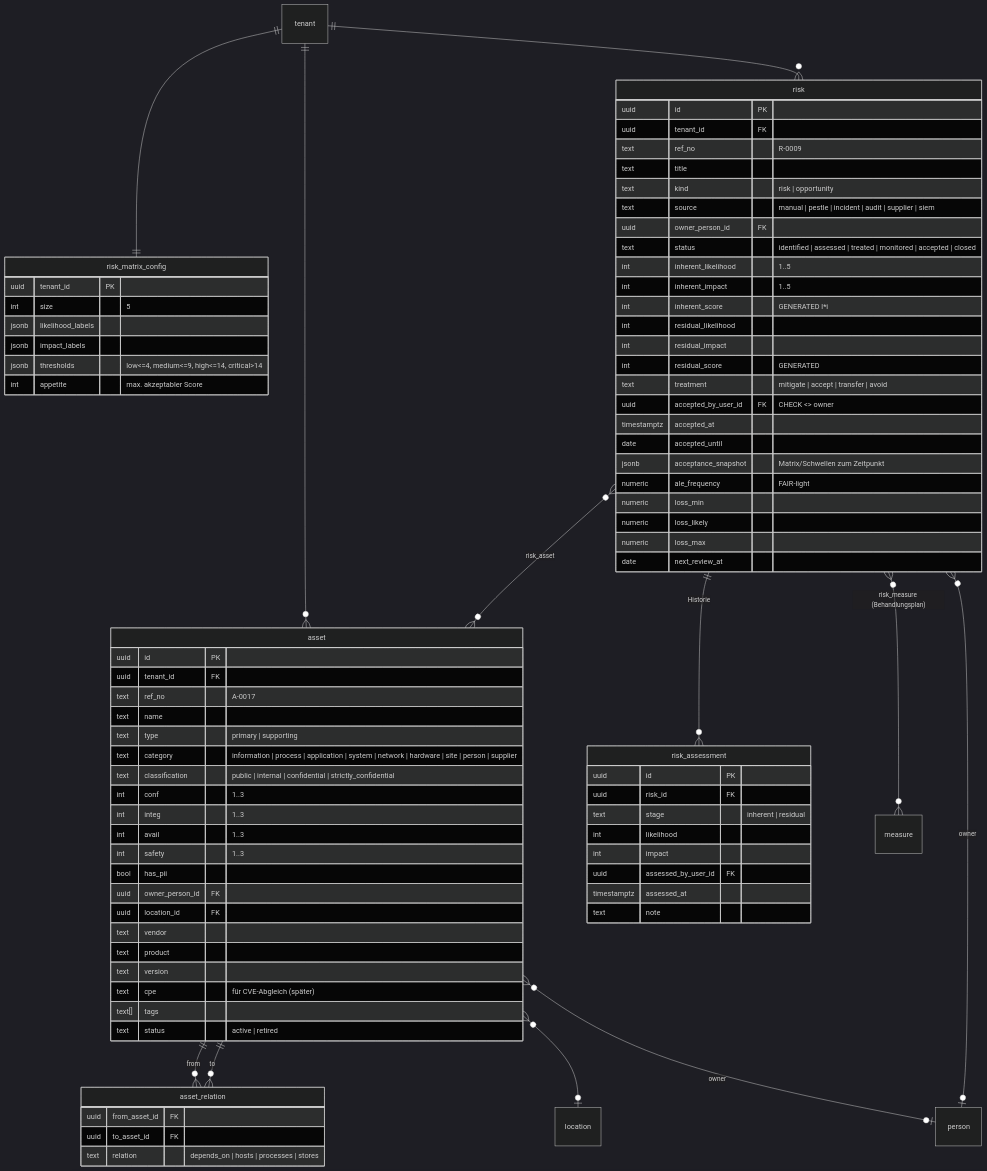
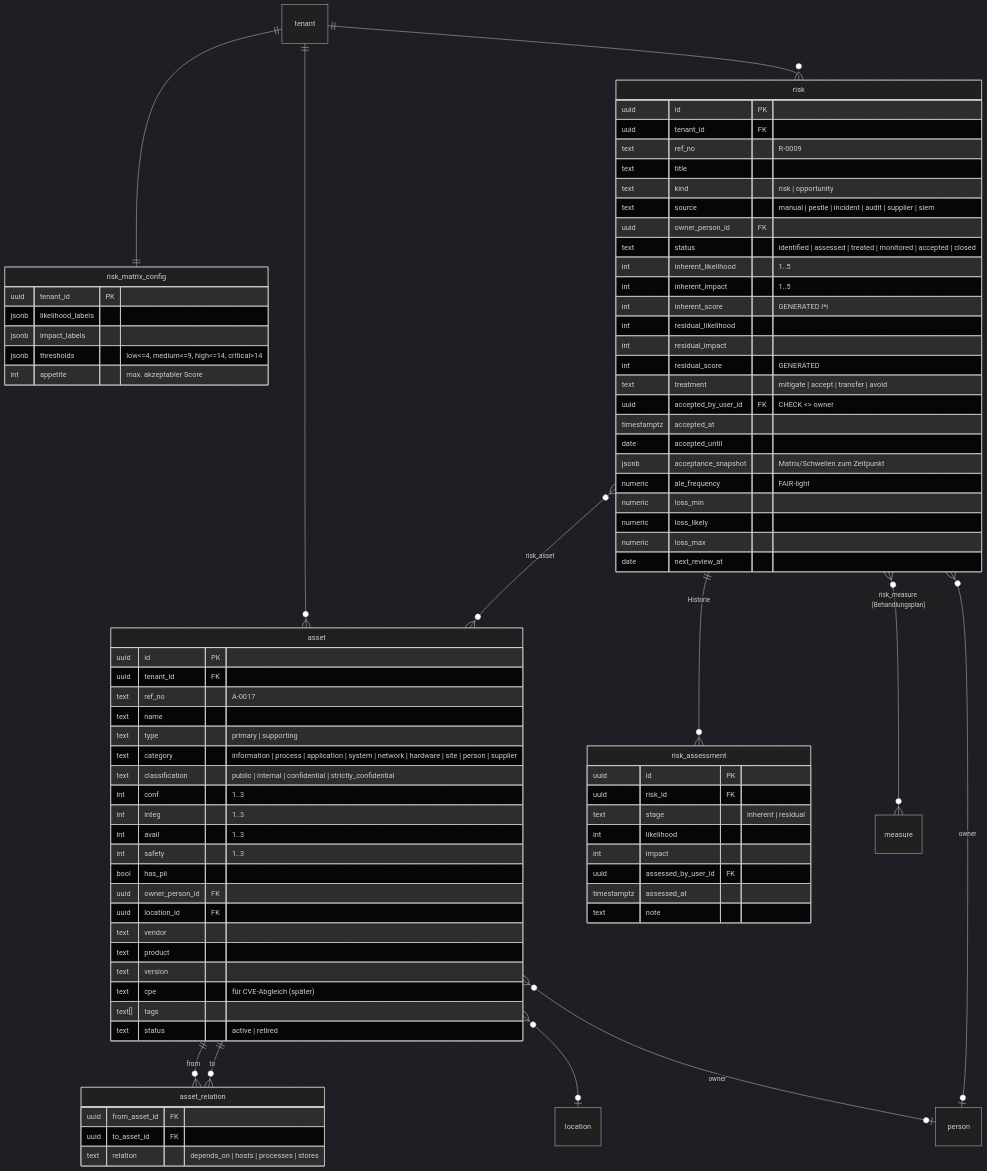
The fifth of 9 diagrams in docs/architecture/01-datenmodell.md (Kico-bot/ISMS_SaaS), drawn with Mermaid (dark theme) before and after one commit. The commit also changed other lines of this file and 65 other files, not shown here.

First line of the commit message:
Scaffold monorepo: shared package, DB schema with RLS/SoD migrations, framework catalog seeds

```diff
--- a/docs/architecture/01-datenmodell.md
+++ b/docs/architecture/01-datenmodell.md
@@ -393,7 +393,6 @@
   }
   risk_matrix_config {
     uuid tenant_id PK
-    int size "5"
     jsonb likelihood_labels
     jsonb impact_labels
     jsonb thresholds "low<=4, medium<=9, high<=14, critical>14"
```
